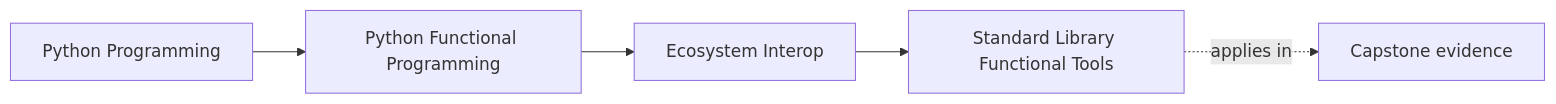
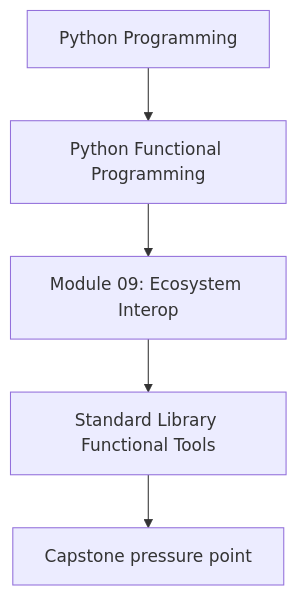
Before and after one commit to bijux/bijux-masterclass: the first of 2 diagrams in programs/python-programming/python-functional-programming/course-book/module-09-ecosystem-interop/stdlib-functional-tools.md, drawn with Mermaid. The commit also changed other lines of this file and 118 other files, not shown here.

Commit message:
docs(python-functional-programming): align concept page diagrams

````diff
--- a/programs/python-programming/python-functional-programming/course-book/module-09-ecosystem-interop/stdlib-functional-tools.md
+++ b/programs/python-programming/python-functional-programming/course-book/module-09-ecosystem-interop/stdlib-functional-tools.md
@@ -7,11 +7,7 @@
 ```mermaid
-graph LR
-  family["Python Programming"]
-  program["Python Functional Programming"]
-  section["Ecosystem Interop"]
-  page["Standard Library Functional Tools"]
-  capstone["Capstone evidence"]
-
-  family --> program --> section --> page
-  page -.applies in.-> capstone
+flowchart TD
+  family["Python Programming"] --> program["Python Functional Programming"]
+  program --> module["Module 09: Ecosystem Interop"]
+  module --> concept["Standard Library Functional Tools"]
+  concept --> capstone["Capstone pressure point"]
 ```
````
